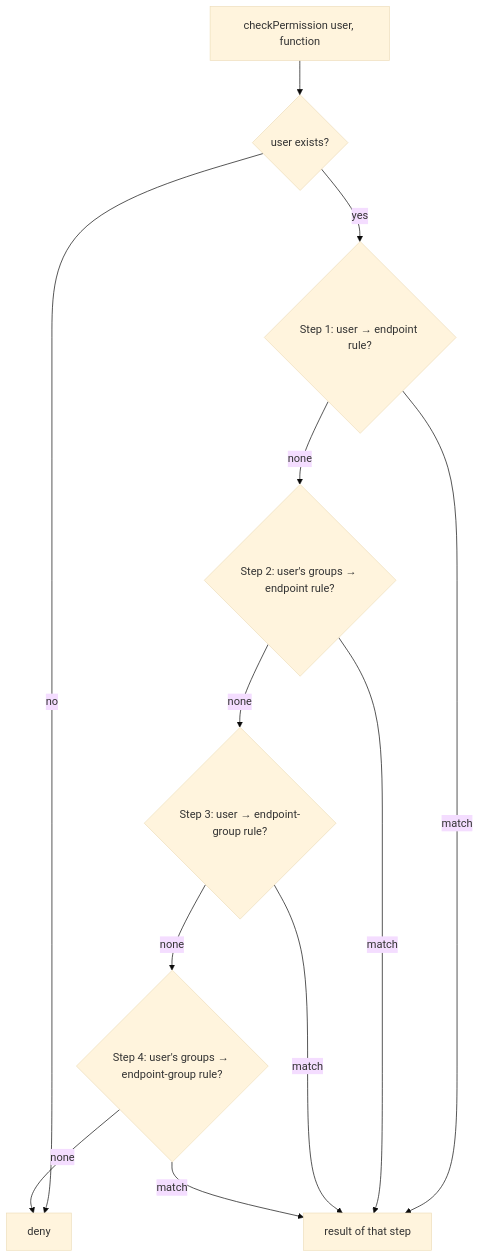
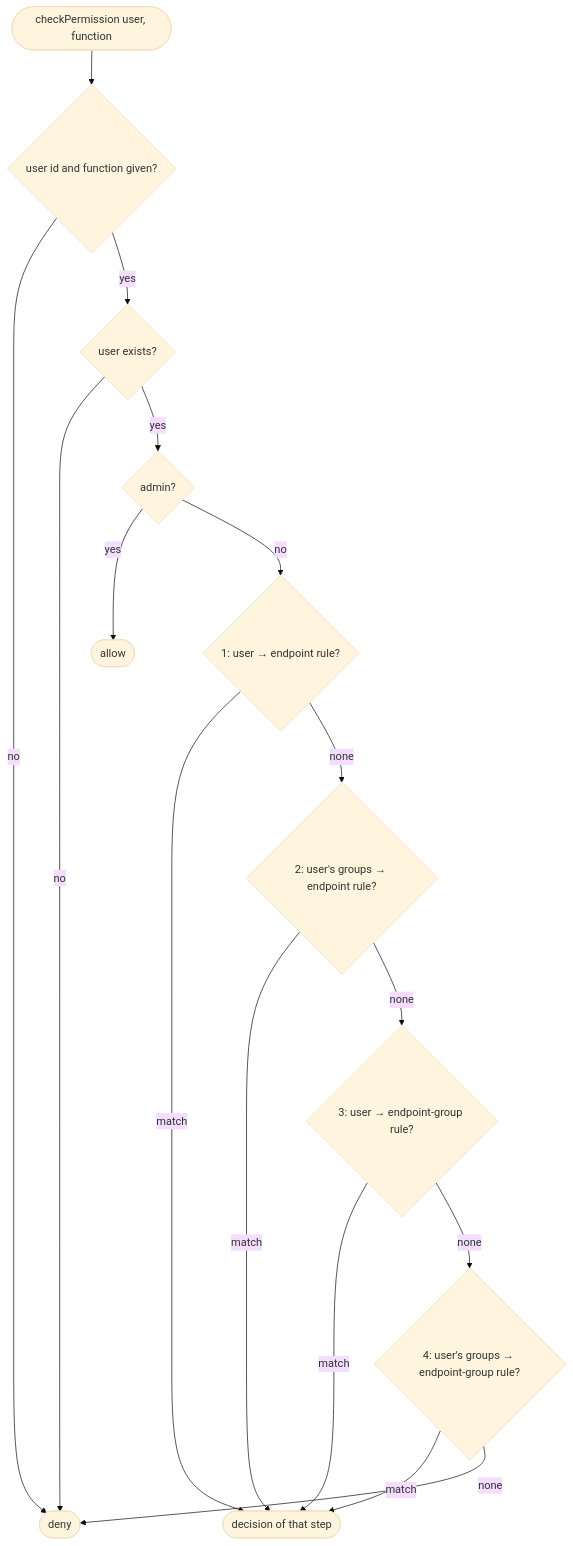
One commit to design-daas-fra-uas/design-daas-backend-java changed the second of 2 diagrams in docs/database.md. Above: the diagram before and after it, drawn with Mermaid (base theme). The commit also changed other lines of this file, not shown here.

````diff
--- a/docs/database.md
+++ b/docs/database.md
@@ -129,14 +254,18 @@
 ```mermaid
 flowchart TD
-    A[checkPermission user, function] --> B{user exists?}
-    B -- no --> DENY[deny]
-    B -- yes --> S1{Step 1: user → endpoint rule?}
-    S1 -- match --> R[result of that step]
-    S1 -- none --> S2{Step 2: user's groups → endpoint rule?}
-    S2 -- match --> R
-    S2 -- none --> S3{Step 3: user → endpoint-group rule?}
-    S3 -- match --> R
-    S3 -- none --> S4{Step 4: user's groups → endpoint-group rule?}
-    S4 -- match --> R
-    S4 -- none --> DENY
+    start([checkPermission user, function]) --> valid{user id and function given?}
+    valid -- no --> deny([deny])
+    valid -- yes --> exists{user exists?}
+    exists -- no --> deny
+    exists -- yes --> admin{admin?}
+    admin -- yes --> allow([allow])
+    admin -- no --> s1{"1: user → endpoint rule?"}
+    s1 -- match --> result([decision of that step])
+    s1 -- none --> s2{"2: user's groups → endpoint rule?"}
+    s2 -- match --> result
+    s2 -- none --> s3{"3: user → endpoint-group rule?"}
+    s3 -- match --> result
+    s3 -- none --> s4{"4: user's groups → endpoint-group rule?"}
+    s4 -- match --> result
+    s4 -- none --> deny
 ```
````
